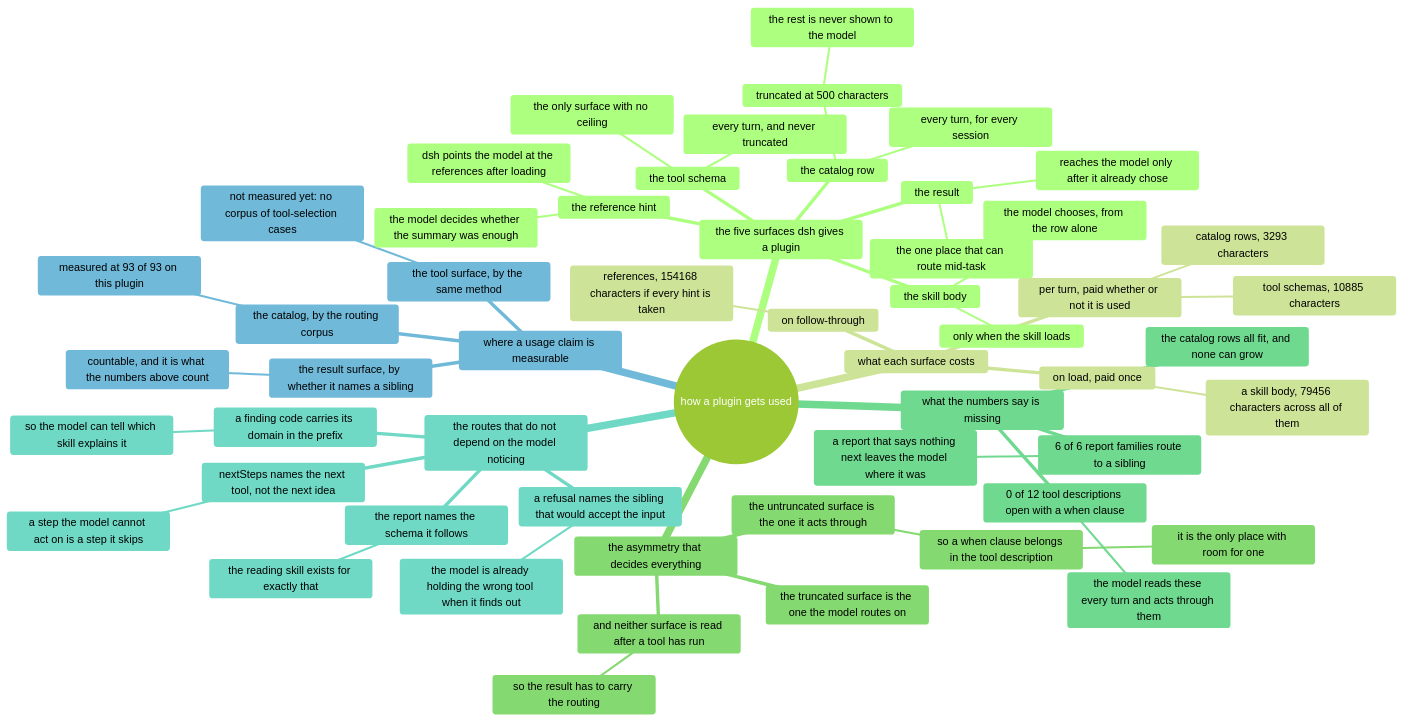
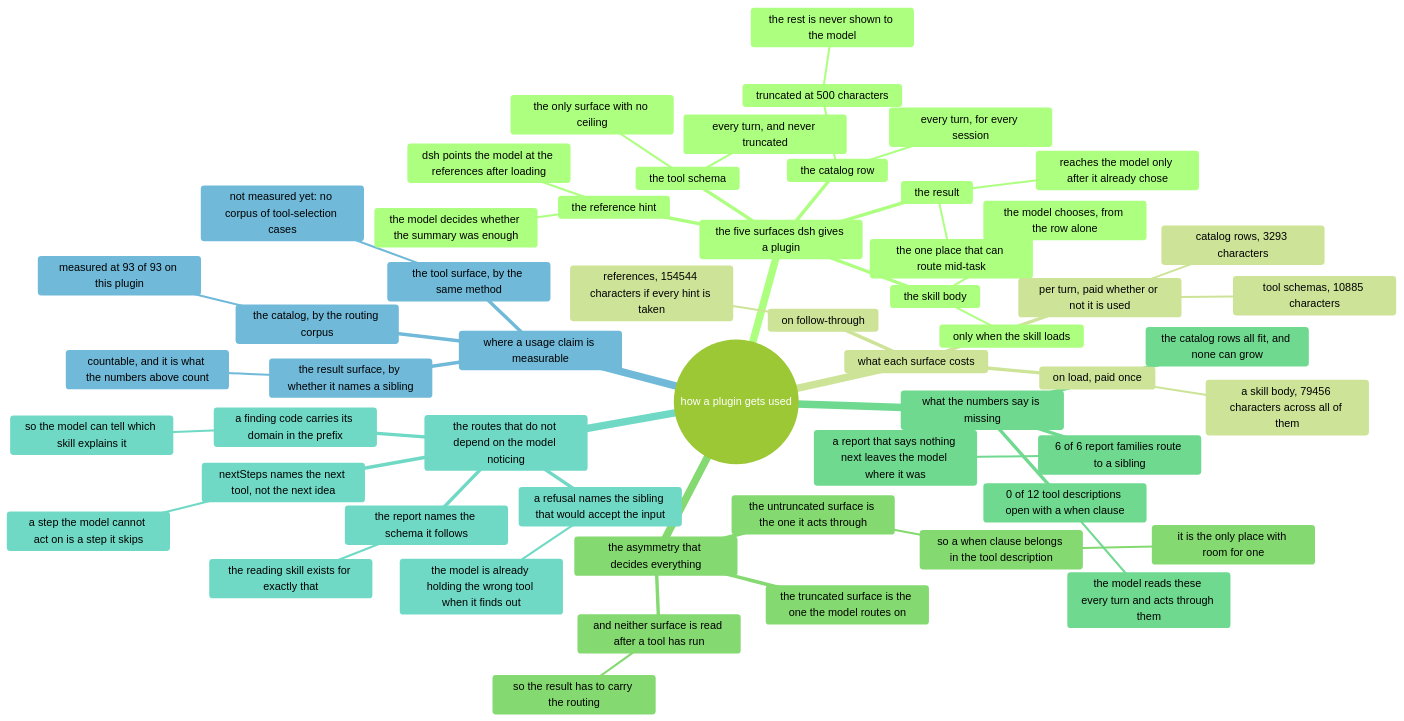
The diagram in docs/usage/mindmap.mmd (AmethystLuna/dsh-model-everything), drawn with Mermaid (forest theme) before and after one commit. The commit also changed 10 other files, not shown here.

```diff
--- a/docs/usage/mindmap.mmd
+++ b/docs/usage/mindmap.mmd
@@ -1,56 +1,56 @@
 mindmap
 root((how a plugin gets used))
   the five surfaces dsh gives a plugin
     the catalog row
       every turn, for every session
       truncated at 500 characters
         the rest is never shown to the model
     the skill body
       only when the skill loads
       the model chooses, from the row alone
     the reference hint
       dsh points the model at the references after loading
       the model decides whether the summary was enough
     the tool schema
       every turn, and never truncated
       the only surface with no ceiling
     the result
       reaches the model only after it already chose
       the one place that can route mid-task
   what each surface costs
     per turn, paid whether or not it is used
       catalog rows, 3293 characters
       tool schemas, 10885 characters
     on load, paid once
       a skill body, 79456 characters across all of them
     on follow-through
-      references, 154168 characters if every hint is taken
+      references, 154544 characters if every hint is taken
   the asymmetry that decides everything
     the truncated surface is the one the model routes on
     the untruncated surface is the one it acts through
       so a when clause belongs in the tool description
         it is the only place with room for one
     and neither surface is read after a tool has run
       so the result has to carry the routing
   what the numbers say is missing
     0 of 12 tool descriptions open with a when clause
       the model reads these every turn and acts through them
     6 of 6 report families route to a sibling
       a report that says nothing next leaves the model where it was
     the catalog rows all fit, and none can grow
   the routes that do not depend on the model noticing
     a refusal names the sibling that would accept the input
       the model is already holding the wrong tool when it finds out
     nextSteps names the next tool, not the next idea
       a step the model cannot act on is a step it skips
     a finding code carries its domain in the prefix
       so the model can tell which skill explains it
     the report names the schema it follows
       the reading skill exists for exactly that
   where a usage claim is measurable
     the catalog, by the routing corpus
       measured at 93 of 93 on this plugin
     the tool surface, by the same method
       not measured yet: no corpus of tool-selection cases
     the result surface, by whether it names a sibling
       countable, and it is what the numbers above count
```
